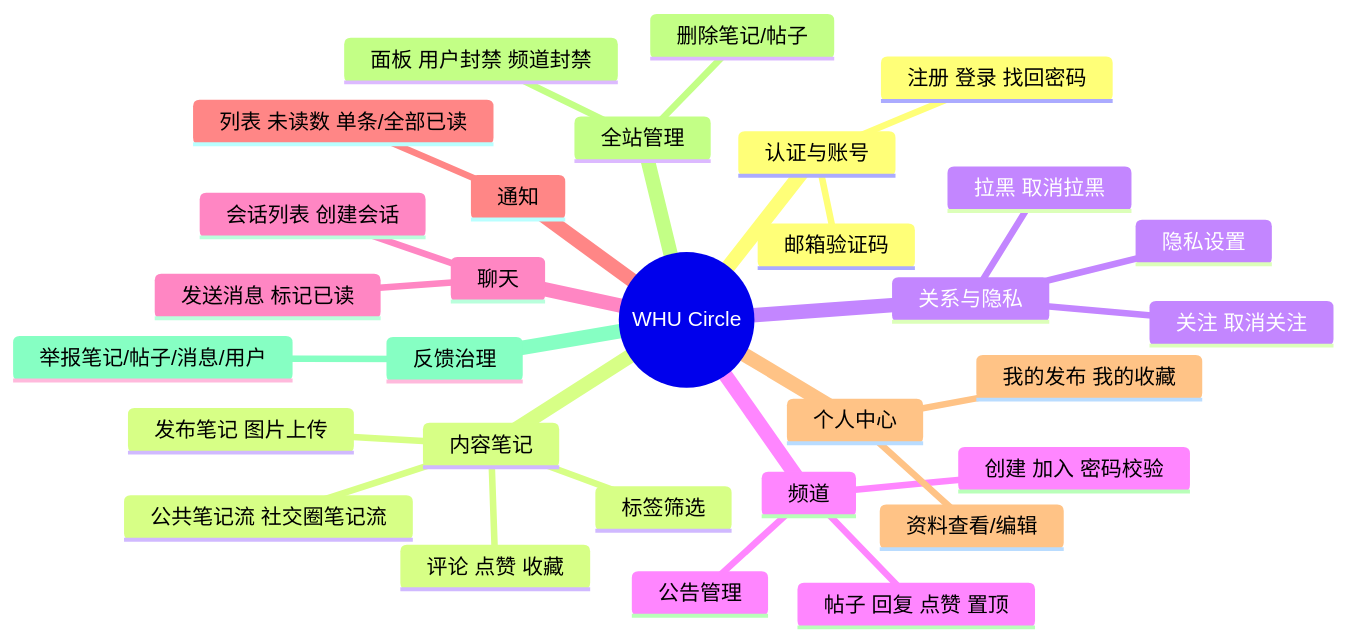
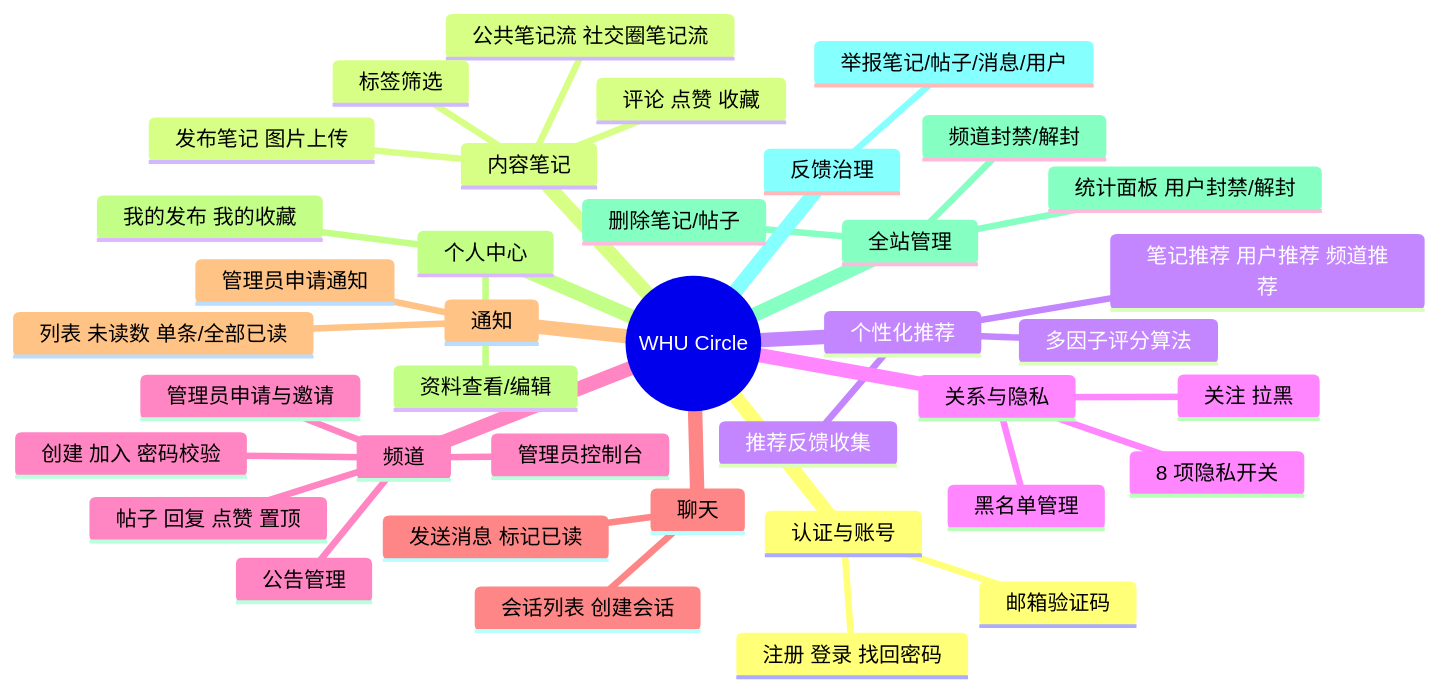
One commit to oliviawxx/whucircle changed the fifth of 18 diagrams in docs/系统设计说明书.md. Above: the diagram before and after it, drawn with Mermaid. The commit also changed other lines of this file and 13 other files, not shown here.

````diff
--- a/docs/系统设计说明书.md
+++ b/docs/系统设计说明书.md
@@ -76,33 +80,41 @@
 ```mermaid
 mindmap
   root((WHU Circle))
     认证与账号
       邮箱验证码
       注册 登录 找回密码
     内容笔记
       公共笔记流 社交圈笔记流
       发布笔记 图片上传
       评论 点赞 收藏
       标签筛选
+    个性化推荐
+      笔记推荐 用户推荐 频道推荐
+      多因子评分算法
+      推荐反馈收集
     关系与隐私
-      关注 取消关注
-      拉黑 取消拉黑
-      隐私设置
+      关注 拉黑
+      黑名单管理
+      8 项隐私开关
     频道
       创建 加入 密码校验
       公告管理
       帖子 回复 点赞 置顶
+      管理员申请与邀请
+      管理员控制台
     聊天
       会话列表 创建会话
       发送消息 标记已读
     通知
       列表 未读数 单条/全部已读
+      管理员申请通知
     个人中心
       资料查看/编辑
       我的发布 我的收藏
     全站管理
-      面板 用户封禁 频道封禁
+      统计面板 用户封禁/解封
+      频道封禁/解封
       删除笔记/帖子
     反馈治理
       举报笔记/帖子/消息/用户
 ```
````
